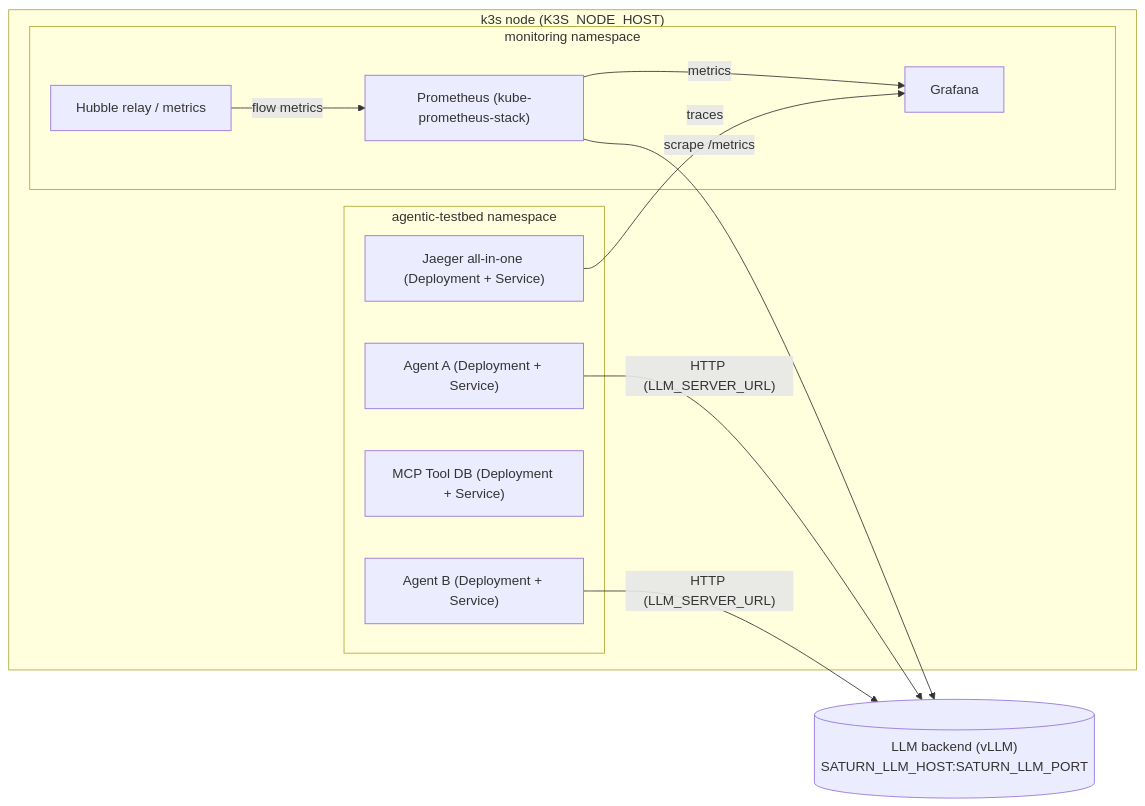
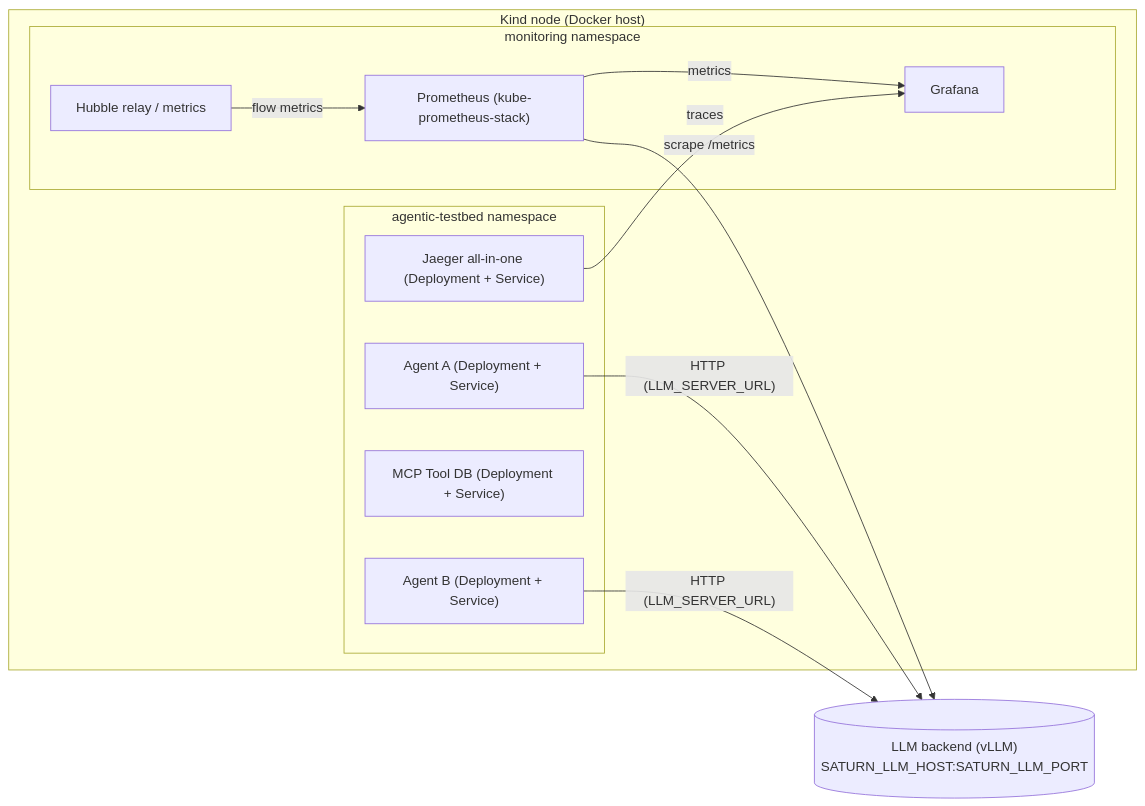
The diagram in infra/k8s/README.md (dlamagna/agentic-traffic-testing), drawn with Mermaid before and after one commit. The commit also changed other lines of this file and 21 other files, not shown here.

````diff
--- a/infra/k8s/README.md
+++ b/infra/k8s/README.md
@@ -22,27 +20,27 @@
 ```mermaid
 flowchart LR
-    subgraph K3S["k3s node (K3S_NODE_HOST)"]
+    subgraph KCL["Kind node (Docker host)"]
         subgraph NS["agentic-testbed namespace"]
             AgentA["Agent A (Deployment + Service)"]
             AgentB["Agent B (Deployment + Service)"]
             MCPDB["MCP Tool DB (Deployment + Service)"]
             Jaeger["Jaeger all-in-one (Deployment + Service)"]
         end
 
         subgraph Monitoring["monitoring namespace"]
             Prom["Prometheus (kube-prometheus-stack)"]
             Graf["Grafana"]
             Hubble["Hubble relay / metrics"]
         end
     end
 
     LLM[("LLM backend (vLLM)\nSATURN_LLM_HOST:SATURN_LLM_PORT")]
 
     AgentA -->|"HTTP (LLM_SERVER_URL)"| LLM
     AgentB -->|"HTTP (LLM_SERVER_URL)"| LLM
 
     Hubble -->|"flow metrics"| Prom
     Prom -->|"scrape /metrics"| LLM
     Prom -->|"metrics"| Graf
     Jaeger -->|"traces"| Graf
 ```
````
